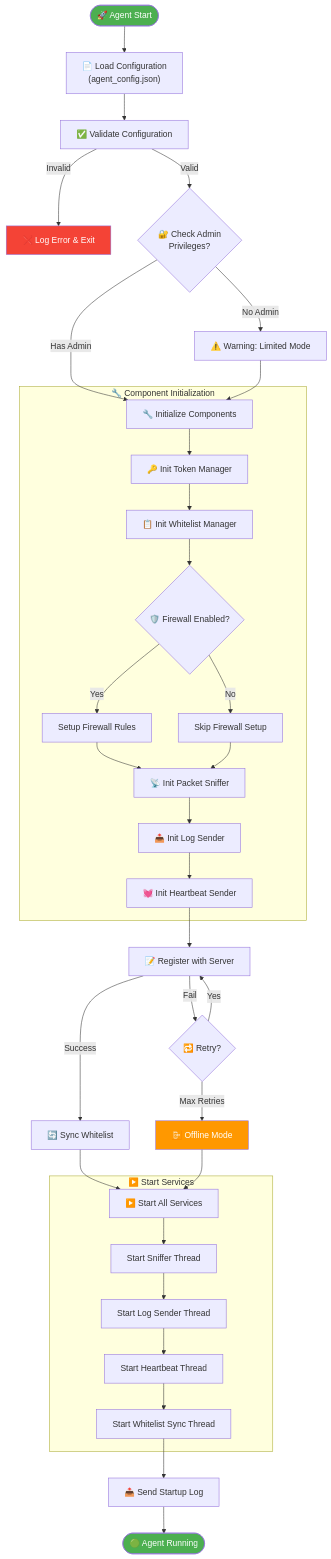
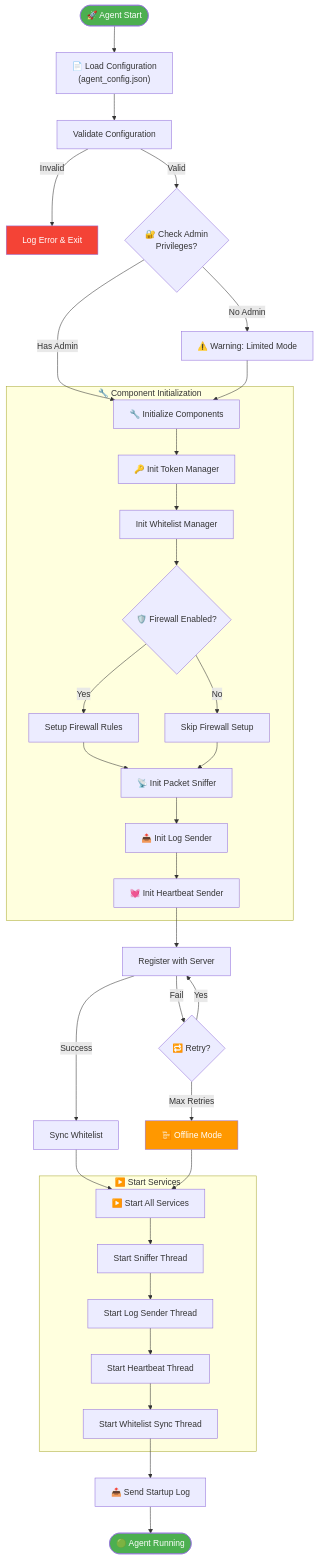
The second of 13 diagrams in docs/diagrams/FLOW_DIAGRAMS.md (Son0ngu/Centralized_Network_Access_Control_System_for_Computer_Labs), drawn with Mermaid before and after one commit. The commit also changed other lines of this file and 65 other files, not shown here.

````diff
--- a/docs/diagrams/FLOW_DIAGRAMS.md
+++ b/docs/diagrams/FLOW_DIAGRAMS.md
@@ -84,53 +84,53 @@
 ```mermaid
 flowchart TD
     START([🚀 Agent Start]) --> LOAD_CONFIG["📄 Load Configuration<br/>(agent_config.json)"]
     
-    LOAD_CONFIG --> VALIDATE["✅ Validate Configuration"]
-    VALIDATE --> |Invalid| ERROR_CONFIG["❌ Log Error & Exit"]
+    LOAD_CONFIG --> VALIDATE["Validate Configuration"]
+    VALIDATE --> |Invalid| ERROR_CONFIG["Log Error & Exit"]
     VALIDATE --> |Valid| CHECK_ADMIN{"🔐 Check Admin<br/>Privileges?"}
     
     CHECK_ADMIN --> |No Admin| WARN_ADMIN["⚠️ Warning: Limited Mode"]
     CHECK_ADMIN --> |Has Admin| INIT_COMPONENTS["🔧 Initialize Components"]
     WARN_ADMIN --> INIT_COMPONENTS
     
     subgraph "🔧 Component Initialization"
         INIT_COMPONENTS --> INIT_TOKEN["🔑 Init Token Manager"]
-        INIT_TOKEN --> INIT_WHITELIST["📋 Init Whitelist Manager"]
+        INIT_TOKEN --> INIT_WHITELIST["Init Whitelist Manager"]
         INIT_WHITELIST --> INIT_FIREWALL{"🛡️ Firewall Enabled?"}
         
         INIT_FIREWALL --> |Yes| SETUP_FW["Setup Firewall Rules"]
         INIT_FIREWALL --> |No| SKIP_FW["Skip Firewall Setup"]
         
         SETUP_FW --> INIT_SNIFFER
         SKIP_FW --> INIT_SNIFFER["📡 Init Packet Sniffer"]
         
         INIT_SNIFFER --> INIT_LOGSENDER["📤 Init Log Sender"]
         INIT_LOGSENDER --> INIT_HEARTBEAT["💓 Init Heartbeat Sender"]
     end
     
-    INIT_HEARTBEAT --> REGISTER["📝 Register with Server"]
+    INIT_HEARTBEAT --> REGISTER["Register with Server"]
     
-    REGISTER --> |Success| SYNC_WL["🔄 Sync Whitelist"]
+    REGISTER --> |Success| SYNC_WL["Sync Whitelist"]
     REGISTER --> |Fail| RETRY_REG{"🔁 Retry?"}
     
     RETRY_REG --> |Yes| REGISTER
     RETRY_REG --> |Max Retries| OFFLINE_MODE["📴 Offline Mode"]
     
     SYNC_WL --> START_SERVICES["▶️ Start All Services"]
     OFFLINE_MODE --> START_SERVICES
     
     subgraph "▶️ Start Services"
         START_SERVICES --> SVC_SNIFFER["Start Sniffer Thread"]
         SVC_SNIFFER --> SVC_LOGSENDER["Start Log Sender Thread"]
         SVC_LOGSENDER --> SVC_HEARTBEAT["Start Heartbeat Thread"]
         SVC_HEARTBEAT --> SVC_WHITELIST["Start Whitelist Sync Thread"]
     end
     
     SVC_WHITELIST --> SEND_STARTUP["📤 Send Startup Log"]
     SEND_STARTUP --> RUNNING([🟢 Agent Running])
     
     style START fill:#4CAF50,color:#fff
     style RUNNING fill:#4CAF50,color:#fff
     style ERROR_CONFIG fill:#f44336,color:#fff
     style OFFLINE_MODE fill:#FF9800,color:#fff
 ```
````
